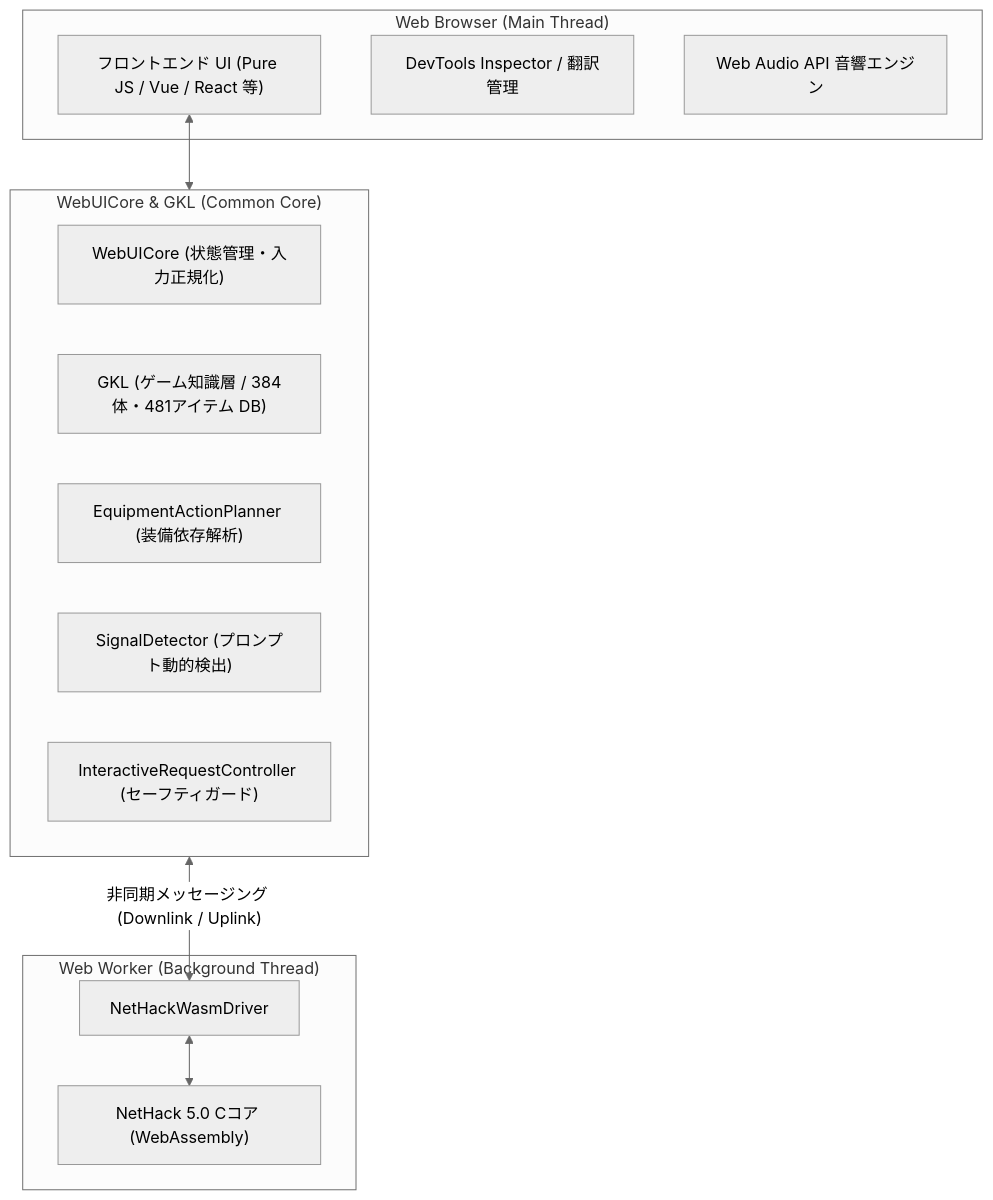
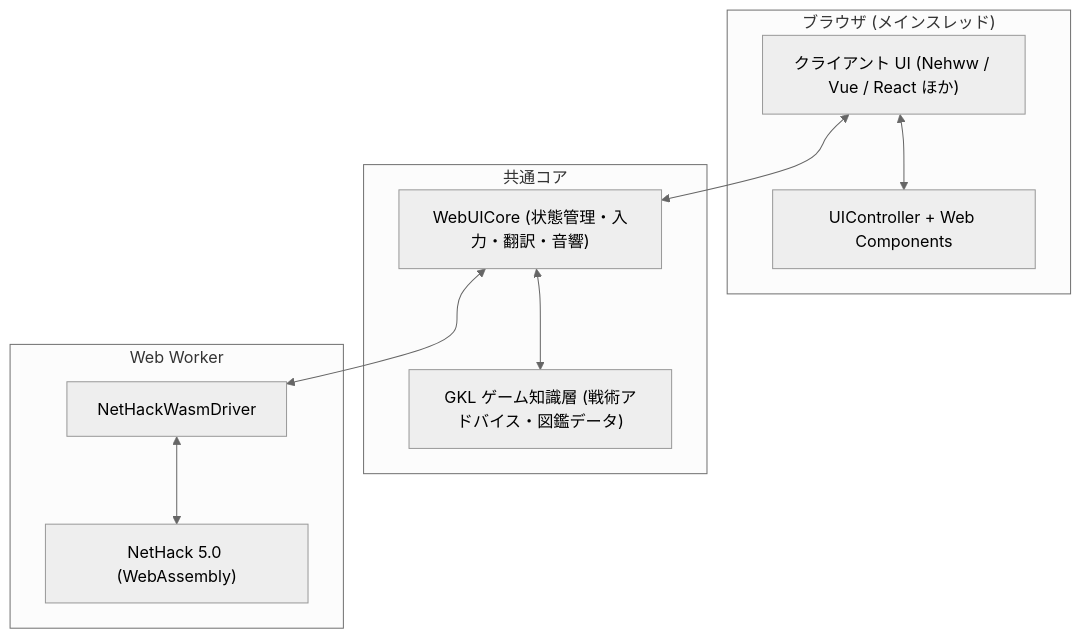
One commit to e3sh/Nethack-wasm-webUI changed the diagram in README.md. Above: the diagram before and after it, drawn with Mermaid (neutral theme). The commit also changed other lines of this file and 23 other files, not shown here.

Commit message:
Update WebUIcore/Documents

````diff
--- a/README.md
+++ b/README.md
@@ -93,25 +89,20 @@
 ```mermaid
 flowchart TD
-    subgraph Browser ["Web Browser (Main Thread)"]
-        UI["フロントエンド UI (Pure JS / Vue / React 等)"]
-        Inspector["DevTools Inspector / 翻訳管理"]
-        Audio["Web Audio API 音響エンジン"]
+    subgraph Browser ["ブラウザ (メインスレッド)"]
+        UI["クライアント UI (Nehww / Vue / React ほか)"]
+        Parts["UIController + Web Components"]
     end
-
-    subgraph CoreLayer ["WebUICore & GKL (Common Core)"]
-        Core["WebUICore (状態管理・入力正規化)"]
-        GKL["GKL (ゲーム知識層 / 384体・481アイテム DB)"]
-        Planner["EquipmentActionPlanner (装備依存解析)"]
-        Signal["SignalDetector (プロンプト動的検出)"]
-        Safety["InteractiveRequestController (セーフティガード)"]
+    subgraph Core ["共通コア"]
+        WCore["WebUICore (状態管理・入力・翻訳・音響)"]
+        GKL["GKL ゲーム知識層 (戦術アドバイス・図鑑データ)"]
     end
-
-    subgraph WorkerLayer ["Web Worker (Background Thread)"]
+    subgraph Worker ["Web Worker"]
         Driver["NetHackWasmDriver"]
-        WASM["NetHack 5.0 Cコア (WebAssembly)"]
+        WASM["NetHack 5.0 (WebAssembly)"]
     end
-
-    UI <--> CoreLayer
-    CoreLayer <-->|"非同期メッセージング (Downlink / Uplink)"| Driver
+    UI <--> Parts
+    UI <--> WCore
+    WCore <--> GKL
+    WCore <--> Driver
     Driver <--> WASM
 ```
````
